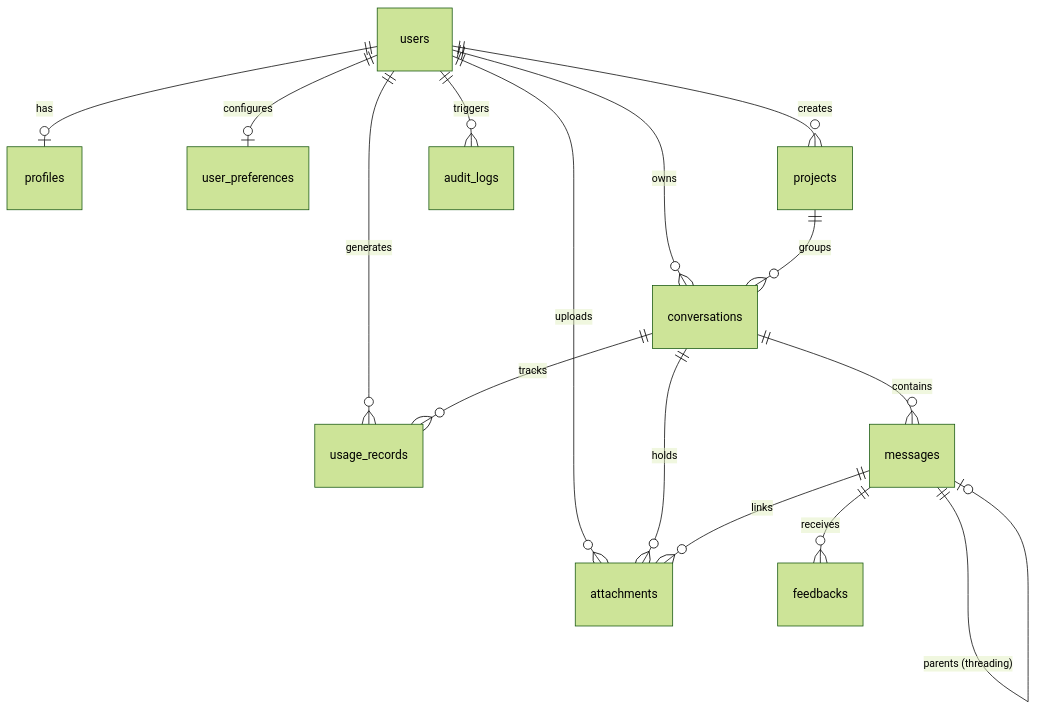
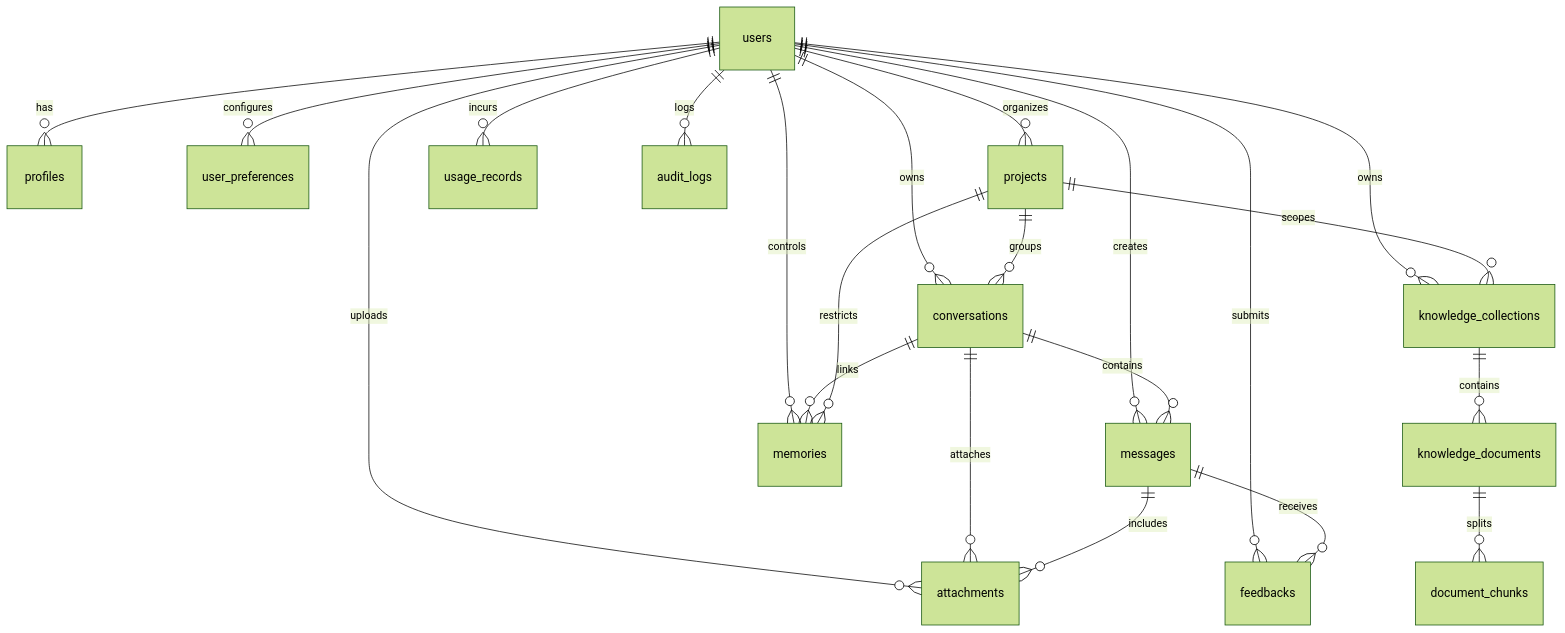
The fourth of 4 diagrams in ARCHITECTURE.md (shettyhari/Nexora-AI), drawn with Mermaid (forest theme) before and after one commit. The commit also changed other lines of this file and 112 other files, not shown here.

````diff
--- a/ARCHITECTURE.md
+++ b/ARCHITECTURE.md
@@ -80,19 +219,28 @@
 ```mermaid
 erDiagram
-    users ||--o| profiles : "has"
-    users ||--o| user_preferences : "configures"
-    users ||--o{ conversations : "owns"
-    users ||--o{ projects : "creates"
-    users ||--o{ usage_records : "generates"
-    users ||--o{ audit_logs : "triggers"
-    users ||--o{ attachments : "uploads"
+    users ||--o{ profiles : has
+    users ||--o{ conversations : owns
+    users ||--o{ messages : creates
+    users ||--o{ attachments : uploads
+    users ||--o{ user_preferences : configures
+    users ||--o{ projects : organizes
+    users ||--o{ memories : controls
+    users ||--o{ knowledge_collections : owns
+    users ||--o{ usage_records : incurs
+    users ||--o{ feedbacks : submits
+    users ||--o{ audit_logs : logs
 
-    conversations ||--o{ messages : "contains"
-    conversations ||--o{ attachments : "holds"
-    conversations ||--o{ usage_records : "tracks"
-    projects ||--o{ conversations : "groups"
+    conversations ||--o{ messages : contains
+    conversations ||--o{ attachments : attaches
+    conversations ||--o{ memories : links
 
-    messages ||--o{ attachments : "links"
-    messages ||--o{ feedbacks : "receives"
-    messages ||--o| messages : "parents (threading)"
+    messages ||--o{ attachments : includes
+    messages ||--o{ feedbacks : receives
+
+    projects ||--o{ conversations : groups
+    projects ||--o{ memories : restricts
+    projects ||--o{ knowledge_collections : scopes
+
+    knowledge_collections ||--o{ knowledge_documents : contains
+    knowledge_documents ||--o{ document_chunks : splits
 ```
````
